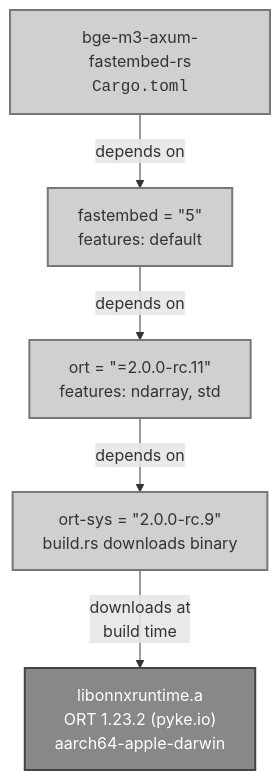
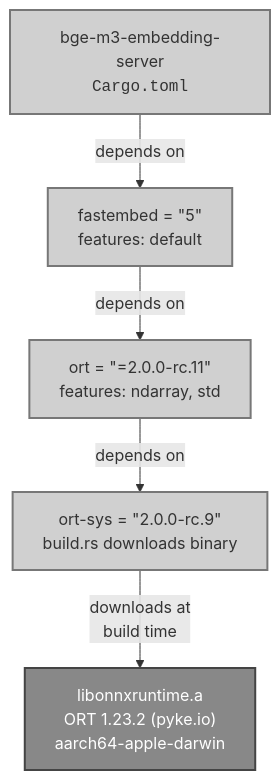
Before and after one commit to Fulton-Engineering-Services/bge-m3-embedding-server: the second of 5 diagrams in docs/apple-silicon.md, drawn with Mermaid. The commit also changed other lines of this file and 16 other files, not shown here.

First line of the commit message:
chore: rename project to bge-m3-embedding-server (#16)

````diff
--- a/docs/apple-silicon.md
+++ b/docs/apple-silicon.md
@@ -86,19 +86,19 @@
 ```mermaid
 graph TD
-    App["bge-m3-axum-fastembed-rs<br/><code>Cargo.toml</code>"]
+    App["bge-m3-embedding-server<br/><code>Cargo.toml</code>"]
     FE["fastembed = &quot;5&quot;<br/>features: default"]
     ORT["ort = &quot;=2.0.0-rc.11&quot;<br/>features: ndarray, std"]
     SYS["ort-sys = &quot;2.0.0-rc.9&quot;<br/>build.rs downloads binary"]
     LIB["libonnxruntime.a<br/>ORT 1.23.2 (pyke.io)<br/>aarch64-apple-darwin"]
 
     App -->|"depends on"| FE
     FE -->|"depends on"| ORT
     ORT -->|"depends on"| SYS
     SYS -->|"downloads at<br/>build time"| LIB
 
     classDef crate fill:#d0d0d0,stroke:#777,stroke-width:2px
     classDef binary fill:#888,stroke:#444,stroke-width:2px,color:#fff
 
     class App,FE,ORT,SYS crate
     class LIB binary
 ```
````
